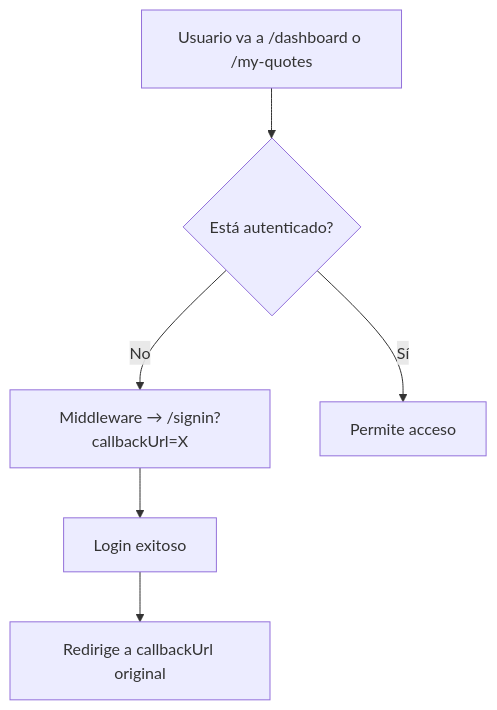
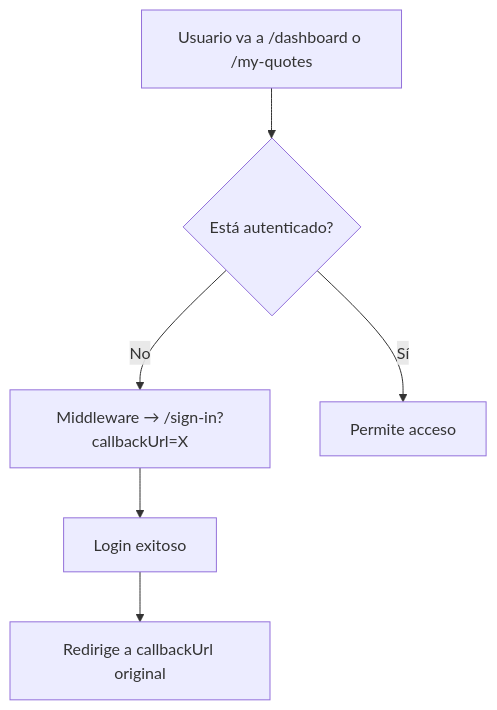
One commit to Andeveling/glasify-lite changed the second of 2 diagrams in docs/fixes/role-based-auth-redirect.md. Above: the diagram before and after it, drawn with Mermaid. The commit also changed other lines of this file and 38 other files, not shown here.

````diff
--- a/docs/fixes/role-based-auth-redirect.md
+++ b/docs/fixes/role-based-auth-redirect.md
@@ -206,8 +206,8 @@
 ```mermaid
 graph TD
     A[Usuario va a /dashboard o /my-quotes] --> B{Está autenticado?}
-    B -->|No| C[Middleware → /signin?callbackUrl=X]
+    B -->|No| C[Middleware → /sign-in?callbackUrl=X]
     B -->|Sí| D[Permite acceso]
     C --> E[Login exitoso]
     E --> F[Redirige a callbackUrl original]
 ```
````
